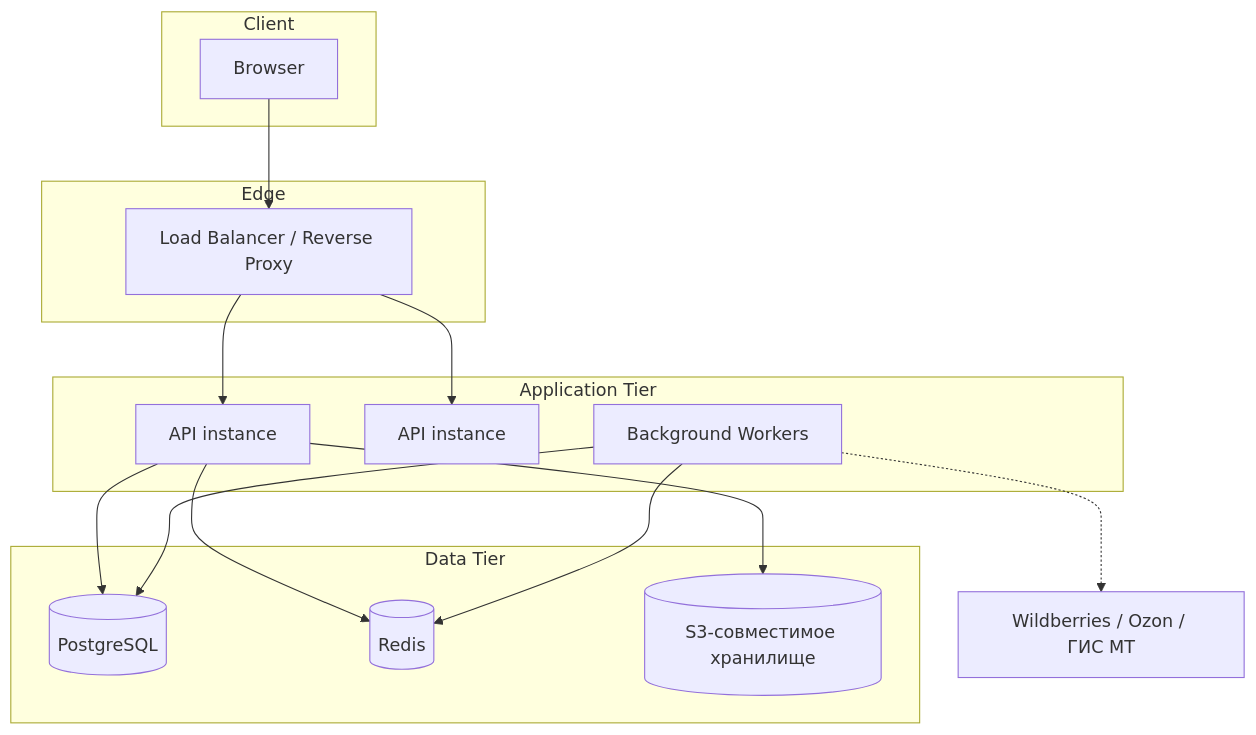
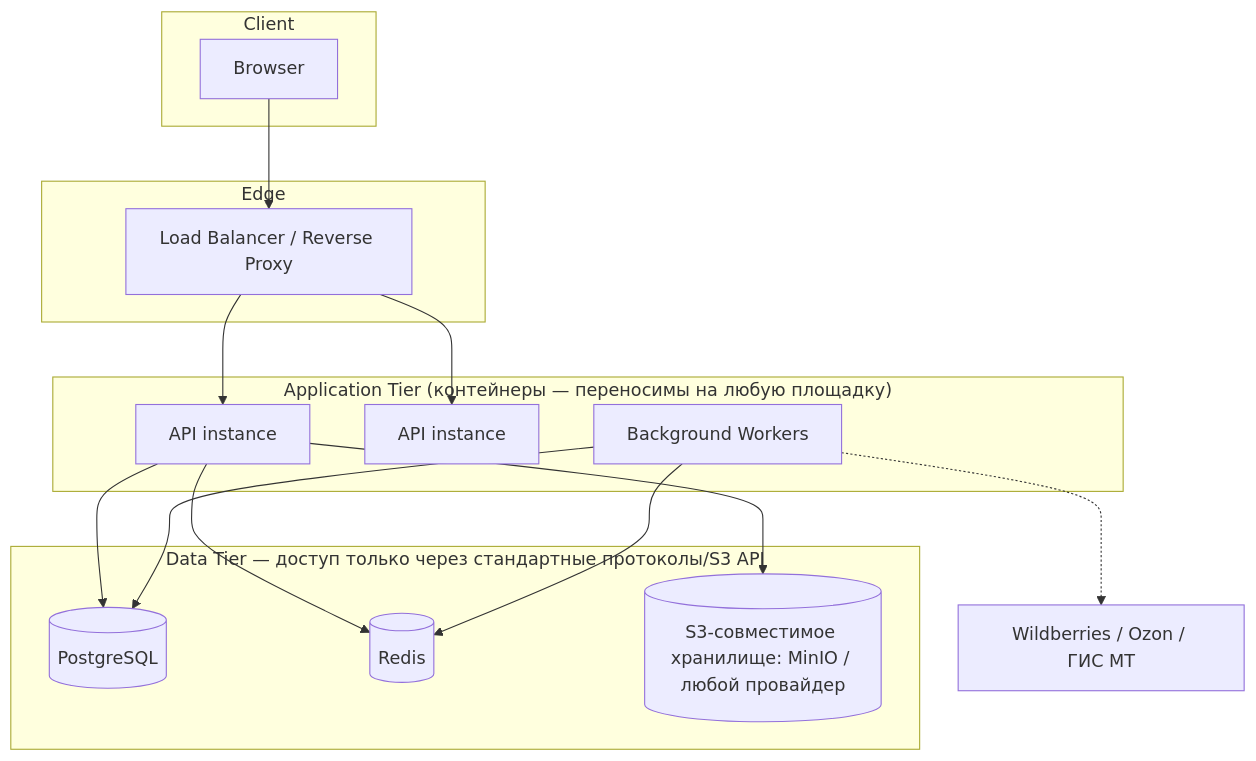
The fourth of 4 diagrams in docs/ARCHITECTURE.md (matveevmln/GarmentOS), drawn with Mermaid before and after one commit. The commit also changed other lines of this file and 8 other files, not shown here.

````diff
--- a/docs/ARCHITECTURE.md
+++ b/docs/ARCHITECTURE.md
@@ -175,28 +177,28 @@
 ```mermaid
 flowchart TB
     subgraph Client
         Browser
     end
     subgraph Edge
         LB[Load Balancer / Reverse Proxy]
     end
-    subgraph App["Application Tier"]
+    subgraph App["Application Tier (контейнеры — переносимы на любую площадку)"]
         API1[API instance]
         API2[API instance]
         WORKER[Background Workers]
     end
-    subgraph Data["Data Tier"]
+    subgraph Data["Data Tier — доступ только через стандартные протоколы/S3 API"]
         PG[(PostgreSQL)]
         REDIS[(Redis)]
-        S3[(S3-совместимое хранилище)]
+        S3[(S3-совместимое хранилище: MinIO / любой провайдер)]
     end
 
     Browser --> LB --> API1
     LB --> API2
     API1 --> PG
     API1 --> REDIS
     API1 --> S3
     WORKER --> PG
     WORKER --> REDIS
     WORKER -.-> ExternalAPIs["Wildberries / Ozon / ГИС МТ"]
 ```
````
